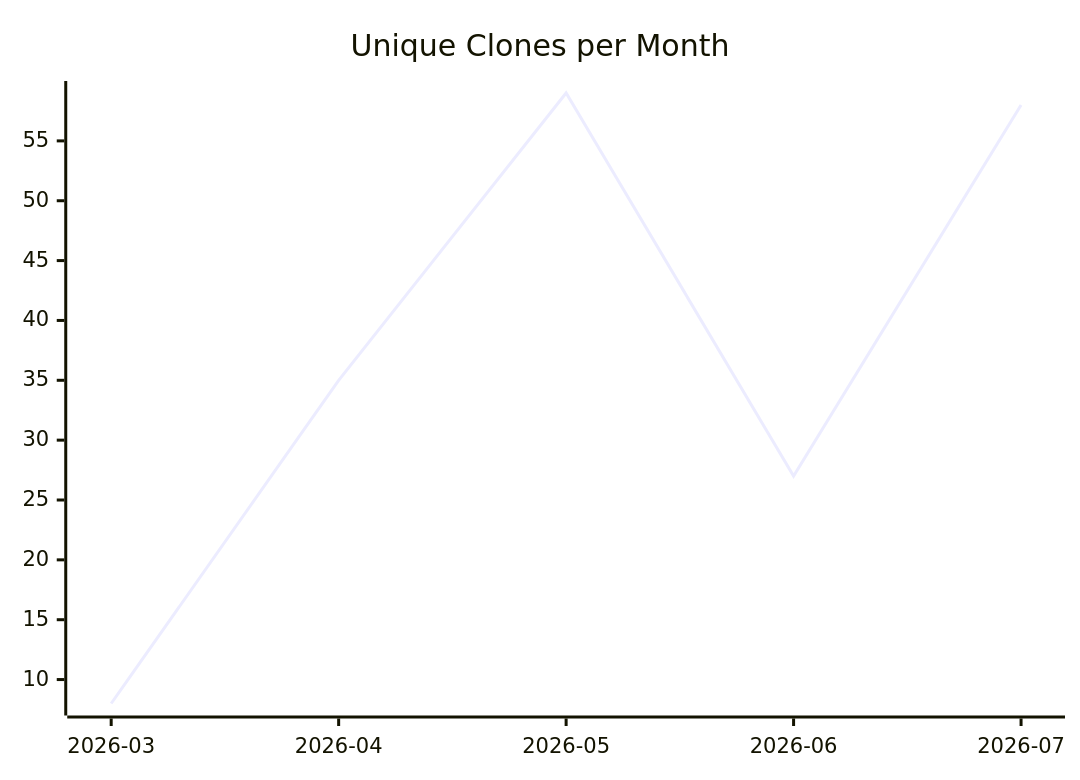
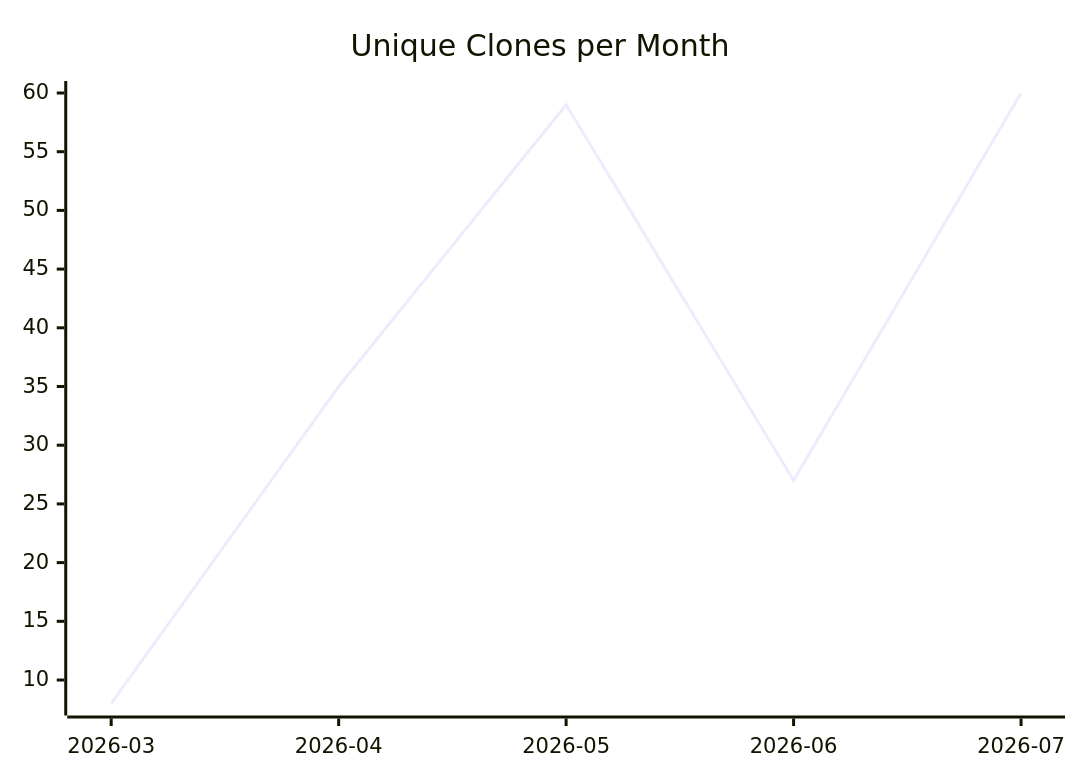
The third of 3 diagrams in karlmdavis/fhir-benchmarks/README.md (justdavis-family/github-analytics-data), drawn with Mermaid before and after one commit. The commit also changed other lines of this file and 180 other files, not shown here.

````diff
--- a/karlmdavis/fhir-benchmarks/README.md
+++ b/karlmdavis/fhir-benchmarks/README.md
@@ -19,6 +19,6 @@
 ```mermaid
 xychart-beta
   title "Unique Clones per Month"
   x-axis ["2026-03", "2026-04", "2026-05", "2026-06", "2026-07"]
-  line [8, 35, 59, 27, 58]
+  line [8, 35, 59, 27, 60]
 ```
````
